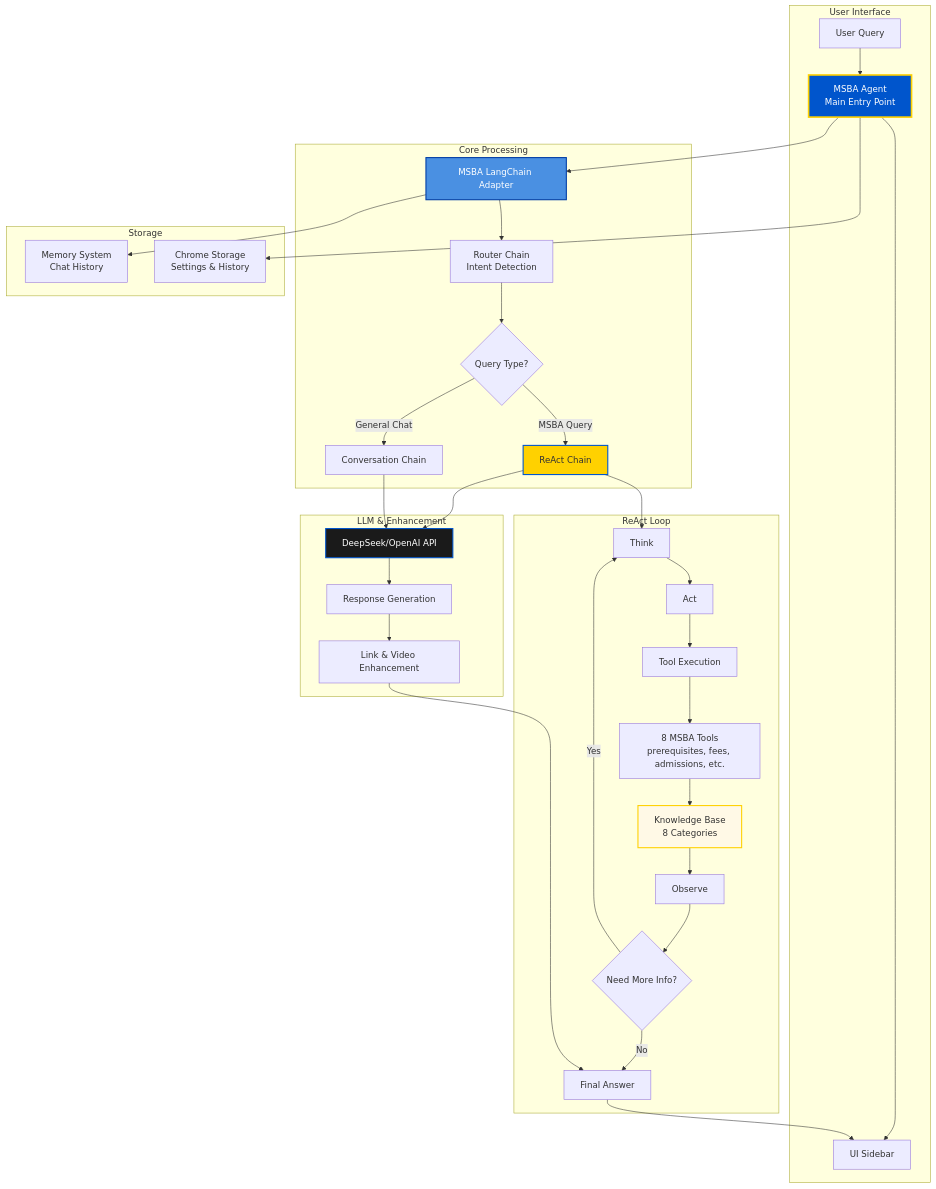
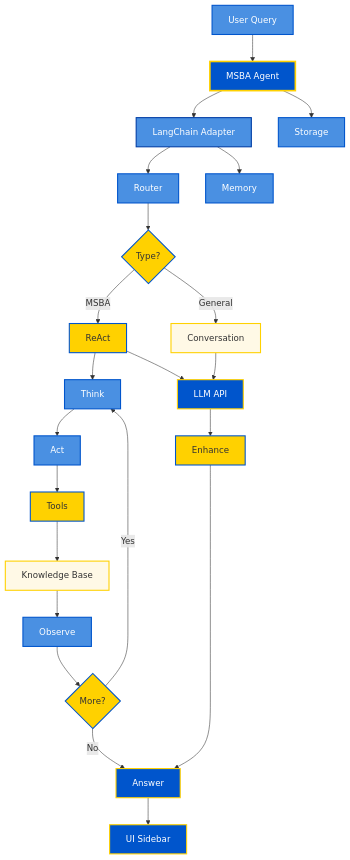
One commit to jl3443/MSBA-AI-Agent changed the diagram in README.md. Above: the diagram before and after it, drawn with Mermaid.

Commit message:
Further simplify architecture diagram with compact nodes and blue-yellow color scheme

````diff
--- a/README.md
+++ b/README.md
@@ -49,48 +49,48 @@
 ```mermaid
 graph TB
-    subgraph "User Interface"
-        A[User Query] --> B[MSBA Agent<br/>Main Entry Point]
-        B --> C[UI Sidebar]
-    end
+    A[User Query] --> B[MSBA Agent]
+    B --> C[LangChain Adapter]
+    C --> D[Router]
+    D --> E{Type?}
+    E -->|MSBA| F[ReAct]
+    E -->|General| G[Conversation]
+    
+    F --> H[Think]
+    H --> I[Act]
+    I --> J[Tools]
+    J --> K[Knowledge Base]
+    K --> L[Observe]
+    L --> M{More?}
+    M -->|Yes| H
+    M -->|No| N[Answer]
+    
+    F --> O[LLM API]
+    G --> O
+    O --> P[Enhance]
+    P --> N
+    
+    C --> Q[Memory]
+    B --> R[Storage]
+    
+    N --> S[UI Sidebar]
 
-    subgraph "Core Processing"
-        B --> D[MSBA LangChain Adapter]
-        D --> E[Router Chain<br/>Intent Detection]
-        E --> F{Query Type?}
-        F -->|MSBA Query| G[ReAct Chain]
-        F -->|General Chat| H[Conversation Chain]
-    end
-
-    subgraph "ReAct Loop"
-        G --> I[Think]
-        I --> J[Act]
-        J --> K[Tool Execution]
-        K --> L[8 MSBA Tools<br/>prerequisites, fees, admissions, etc.]
-        L --> M[Knowledge Base<br/>8 Categories]
-        M --> N[Observe]
-        N --> O{Need More Info?}
-        O -->|Yes| I
-        O -->|No| P[Final Answer]
-    end
-
-    subgraph "LLM & Enhancement"
-        G --> Q[DeepSeek/OpenAI API]
-        H --> Q
-        Q --> R[Response Generation]
-        R --> S[Link & Video Enhancement]
-        S --> P
-    end
-
-    subgraph "Storage"
-        D --> T[Memory System<br/>Chat History]
-        B --> U[Chrome Storage<br/>Settings & History]
-    end
-
-    P --> C
-
+    style A fill:#4A90E2,stroke:#0055CC,stroke-width:2px,color:#fff
     style B fill:#0055CC,stroke:#FFD100,stroke-width:3px,color:#fff
-    style D fill:#4A90E2,stroke:#003DA5,stroke-width:2px,color:#fff
-    style G fill:#FFD100,stroke:#0055CC,stroke-width:2px
-    style M fill:#FFF9E6,stroke:#FFD100,stroke-width:2px
-    style Q fill:#1A1A1A,stroke:#0055CC,stroke-width:2px,color:#fff
+    style C fill:#4A90E2,stroke:#003DA5,stroke-width:2px,color:#fff
+    style D fill:#4A90E2,stroke:#0055CC,stroke-width:2px,color:#fff
+    style E fill:#FFD100,stroke:#0055CC,stroke-width:2px
+    style F fill:#FFD100,stroke:#0055CC,stroke-width:2px
+    style G fill:#FFF9E6,stroke:#FFD100,stroke-width:2px
+    style H fill:#4A90E2,stroke:#0055CC,stroke-width:2px,color:#fff
+    style I fill:#4A90E2,stroke:#0055CC,stroke-width:2px,color:#fff
+    style J fill:#FFD100,stroke:#0055CC,stroke-width:2px
+    style K fill:#FFF9E6,stroke:#FFD100,stroke-width:2px
+    style L fill:#4A90E2,stroke:#0055CC,stroke-width:2px,color:#fff
+    style M fill:#FFD100,stroke:#0055CC,stroke-width:2px
+    style N fill:#0055CC,stroke:#FFD100,stroke-width:2px,color:#fff
+    style O fill:#0055CC,stroke:#FFD100,stroke-width:2px,color:#fff
+    style P fill:#FFD100,stroke:#0055CC,stroke-width:2px
+    style Q fill:#4A90E2,stroke:#0055CC,stroke-width:2px,color:#fff
+    style R fill:#4A90E2,stroke:#0055CC,stroke-width:2px,color:#fff
+    style S fill:#0055CC,stroke:#FFD100,stroke-width:2px,color:#fff
 ```
````
